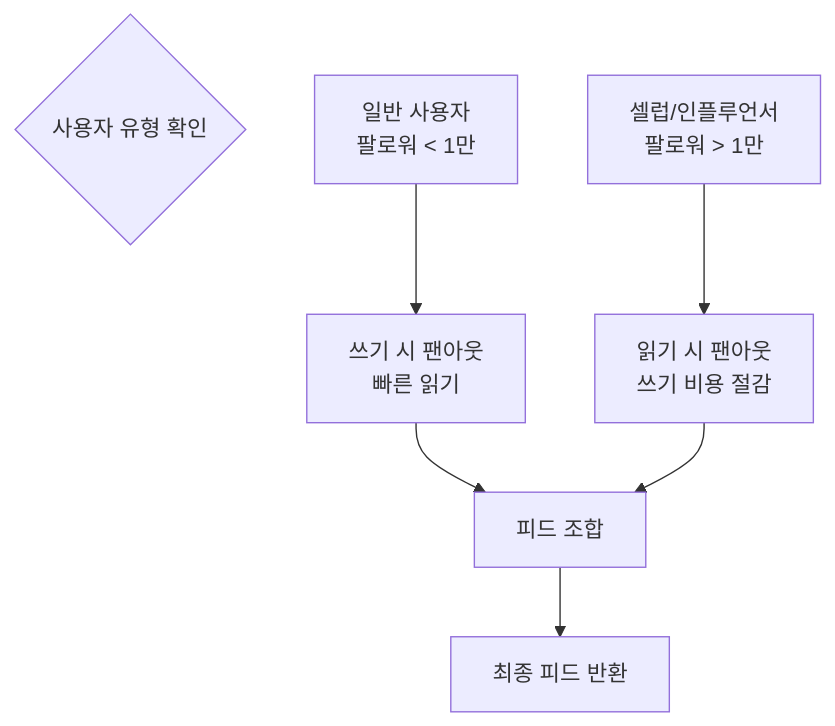
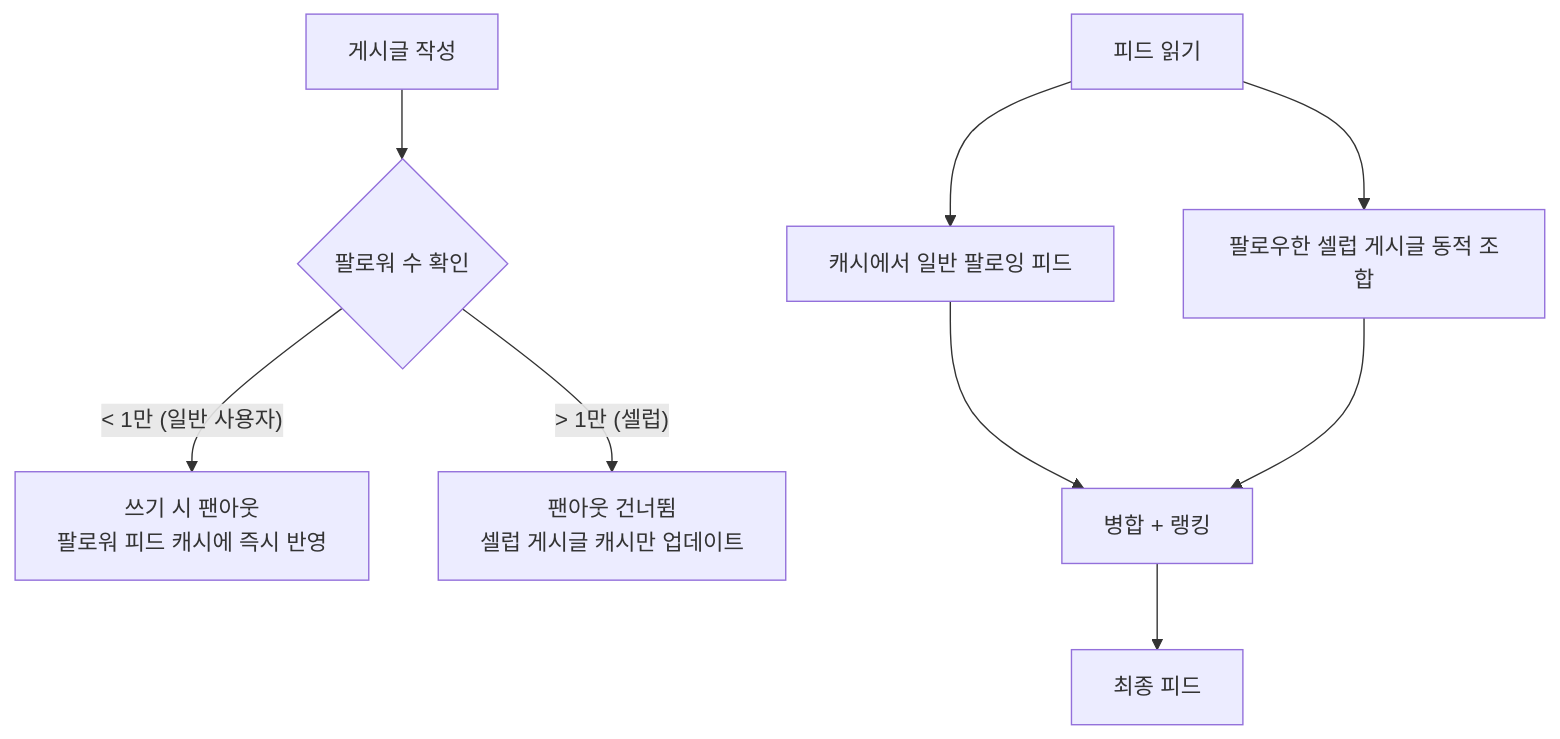
The third of 6 diagrams in _posts/systemdesign/2026-05-02-system-design-newsfeed.md (yjkim2015/yjkim2015.github.io), drawn with Mermaid before and after one commit. The commit also changed other lines of this file and 122 other files, not shown here.

````diff
--- a/_posts/systemdesign/2026-05-02-system-design-newsfeed.md
+++ b/_posts/systemdesign/2026-05-02-system-design-newsfeed.md
@@ -102,11 +92,12 @@
 ```mermaid
 graph TD
-    UserType{"사용자 유형 확인"}
+    Post["게시글 작성"] --> Check{"팔로워 수 확인"}
+    Check -->|"< 1만 (일반 사용자)"| Push["쓰기 시 팬아웃\n팔로워 피드 캐시에 즉시 반영"]
+    Check -->|"> 1만 (셀럽)"| Pull["팬아웃 건너뜀\n셀럽 게시글 캐시만 업데이트"]
 
-    NormalUser["일반 사용자<br>팔로워 < 1만"] --> PushModel["쓰기 시 팬아웃<br>빠른 읽기"]
-    Celebrity["셀럽/인플루언서<br>팔로워 > 1만"] --> PullModel["읽기 시 팬아웃<br>쓰기 비용 절감"]
-
-    PushModel --> MixedFeed["피드 조합"]
-    PullModel --> MixedFeed
-    MixedFeed --> Final["최종 피드 반환"]
+    ReadReq["피드 읽기"] --> NormalFeed["캐시에서 일반 팔로잉 피드"]
+    ReadReq --> CelebFeed["팔로우한 셀럽 게시글 동적 조합"]
+    NormalFeed --> Merge["병합 + 랭킹"]
+    CelebFeed --> Merge
+    Merge --> Final["최종 피드"]
 ```
````
